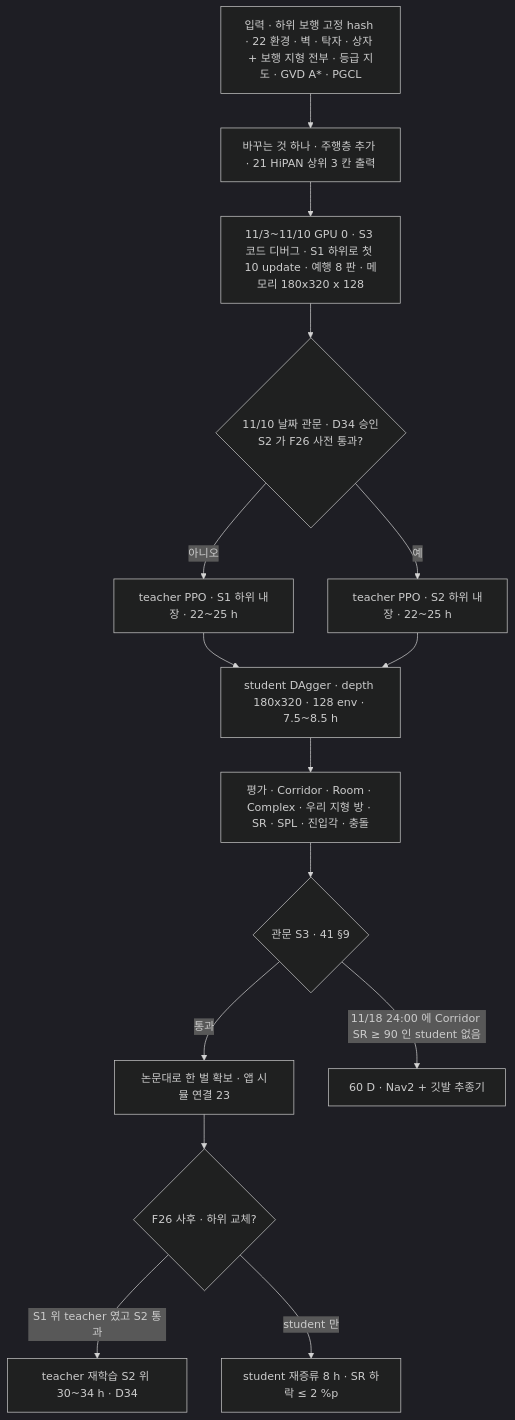
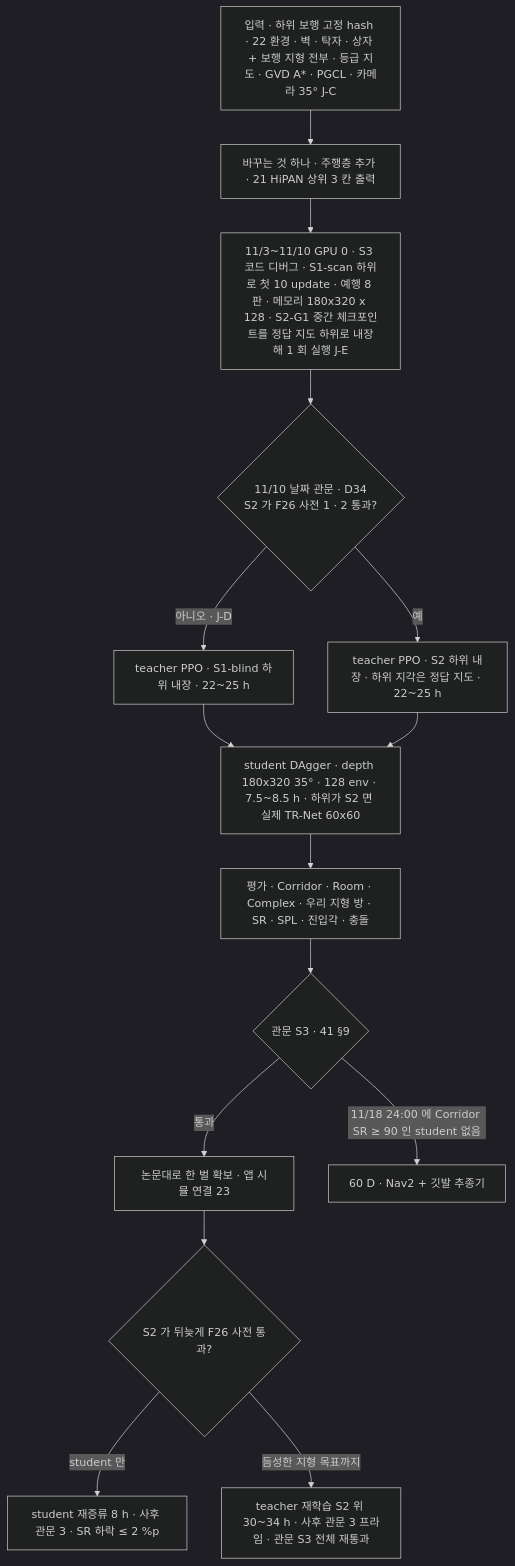
The diagram in inbox/jay/20261019-design/54-S3-NAV.md (foothold-project/foothold-lab), drawn with Mermaid (dark theme) before and after one commit. The commit also changed other lines of this file and 23 other files, not shown here.

````diff
--- a/inbox/jay/20261019-design/54-S3-NAV.md
+++ b/inbox/jay/20261019-design/54-S3-NAV.md
@@ -15,17 +15,17 @@
 ```mermaid
 flowchart TB
-  IN[입력 · 하위 보행 고정 hash · 22 환경 · 벽 · 탁자 · 상자 + 보행 지형 전부 · 등급 지도 · GVD A* · PGCL] --> CH[바꾸는 것 하나 · 주행층 추가 · 21 HiPAN 상위 3 칸 출력]
-  CH --> DBG[11/3~11/10 GPU 0 · S3 코드 디버그 · S1 하위로 첫 10 update · 예행 8 판 · 메모리 180x320 x 128]
-  DBG --> SEL{11/10 날짜 관문 · D34 승인<br/>S2 가 F26 사전 통과?}
-  SEL -->|예| T2[teacher PPO · S2 하위 내장 · 22~25 h]
-  SEL -->|아니오| T1[teacher PPO · S1 하위 내장 · 22~25 h]
-  T1 --> ST[student DAgger · depth 180x320 · 128 env · 7.5~8.5 h]
+  IN[입력 · 하위 보행 고정 hash · 22 환경 · 벽 · 탁자 · 상자 + 보행 지형 전부 · 등급 지도 · GVD A* · PGCL · 카메라 35° J-C] --> CH[바꾸는 것 하나 · 주행층 추가 · 21 HiPAN 상위 3 칸 출력]
+  CH --> DBG[11/3~11/10 GPU 0 · S3 코드 디버그 · S1-scan 하위로 첫 10 update · 예행 8 판 · 메모리 180x320 x 128 · S2-G1 중간 체크포인트를 정답 지도 하위로 내장해 1 회 실행 J-E]
+  DBG --> SEL{11/10 날짜 관문 · D34<br/>S2 가 F26 사전 1 · 2 통과?}
+  SEL -->|예| T2[teacher PPO · S2 하위 내장 · 하위 지각은 정답 지도 · 22~25 h]
+  SEL -->|아니오 · J-D| T1[teacher PPO · S1-blind 하위 내장 · 22~25 h]
+  T1 --> ST[student DAgger · depth 180x320 35° · 128 env · 7.5~8.5 h · 하위가 S2 면 실제 TR-Net 60x60]
   T2 --> ST
   ST --> EV[평가 · Corridor · Room · Complex · 우리 지형 방 · SR · SPL · 진입각 · 충돌]
   EV --> G{관문 S3 · 41 §9}
   G -->|통과| ONE[논문대로 한 벌 확보 · 앱 시뮬 연결 23]
   G -->|11/18 24:00 에 Corridor SR ≥ 90 인 student 없음| D[60 D · Nav2 + 깃발 추종기]
-  ONE --> SW{F26 사후 · 하위 교체?}
-  SW -->|S1 위 teacher 였고 S2 통과| RT[teacher 재학습 S2 위 30~34 h · D34]
-  SW -->|student 만| RD[student 재증류 8 h · SR 하락 ≤ 2 %p]
+  ONE --> SW{S2 가 뒤늦게 F26 사전 통과?}
+  SW -->|student 만| RD[student 재증류 8 h · 사후 관문 3 · SR 하락 ≤ 2 %p]
+  SW -->|듬성한 지형 목표까지| RT[teacher 재학습 S2 위 30~34 h · 사후 관문 3 프라임 · 관문 S3 전체 재통과]
 ```
````
